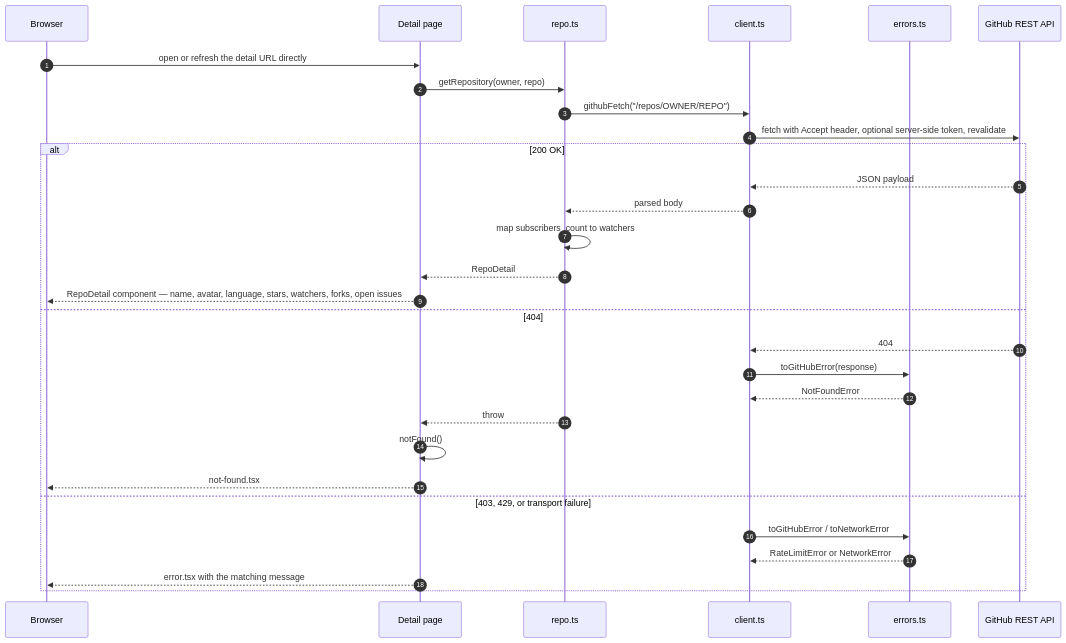
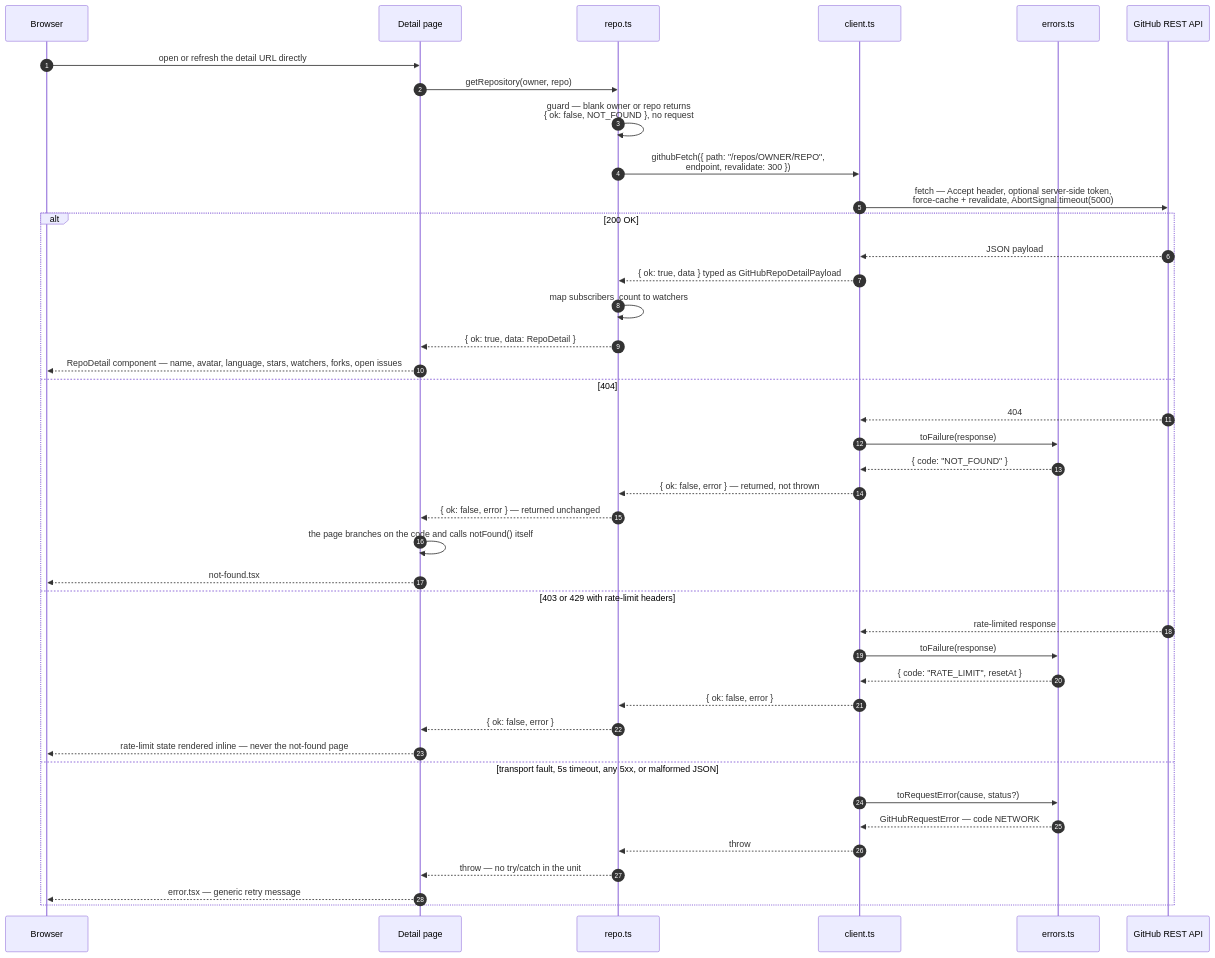
One commit to tommisullivan/github-repo-search changed the fifth of 5 diagrams in docs/ARCHITECTURE.md. Above: the diagram before and after it, drawn with Mermaid. The commit also changed other lines of this file and 33 other files, not shown here.

First line of the commit message:
Phase 1: typed, server-side GitHub client with named failures (#10)

````diff
--- a/docs/ARCHITECTURE.md
+++ b/docs/ARCHITECTURE.md
@@ -252,34 +275,45 @@
 ```mermaid
 sequenceDiagram
     autonumber
     participant U as Browser
     participant D as Detail page
     participant R as repo.ts
     participant C as client.ts
     participant E as errors.ts
     participant G as GitHub REST API
 
     U->>D: open or refresh the detail URL directly
     D->>R: getRepository(owner, repo)
-    R->>C: githubFetch("/repos/OWNER/REPO")
-    C->>G: fetch with Accept header, optional server-side token, revalidate
+    R->>R: guard — blank owner or repo returns<br/>{ ok: false, NOT_FOUND }, no request
+    R->>C: githubFetch({ path: "/repos/OWNER/REPO",<br/>endpoint, revalidate: 300 })
+    C->>G: fetch — Accept header, optional server-side token,<br/>force-cache + revalidate, AbortSignal.timeout(5000)
 
     alt 200 OK
         G-->>C: JSON payload
-        C-->>R: parsed body
+        C-->>R: { ok: true, data } typed as GitHubRepoDetailPayload
         R->>R: map subscribers_count to watchers
-        R-->>D: RepoDetail
+        R-->>D: { ok: true, data: RepoDetail }
         D-->>U: RepoDetail component — name, avatar, language, stars, watchers, forks, open issues
     else 404
         G-->>C: 404
-        C->>E: toGitHubError(response)
-        E-->>C: NotFoundError
-        R-->>D: throw
-        D->>D: notFound()
+        C->>E: toFailure(response)
+        E-->>C: { code: "NOT_FOUND" }
+        C-->>R: { ok: false, error } — returned, not thrown
+        R-->>D: { ok: false, error } — returned unchanged
+        D->>D: the page branches on the code and calls notFound() itself
         D-->>U: not-found.tsx
-    else 403, 429, or transport failure
-        C->>E: toGitHubError / toNetworkError
-        E-->>C: RateLimitError or NetworkError
-        D-->>U: error.tsx with the matching message
+    else 403 or 429 with rate-limit headers
+        G-->>C: rate-limited response
+        C->>E: toFailure(response)
+        E-->>C: { code: "RATE_LIMIT", resetAt }
+        C-->>R: { ok: false, error }
+        R-->>D: { ok: false, error }
+        D-->>U: rate-limit state rendered inline — never the not-found page
+    else transport fault, 5s timeout, any 5xx, or malformed JSON
+        C->>E: toRequestError(cause, status?)
+        E-->>C: GitHubRequestError — code NETWORK
+        C-->>R: throw
+        R-->>D: throw — no try/catch in the unit
+        D-->>U: error.tsx — generic retry message
     end
 ```
````
